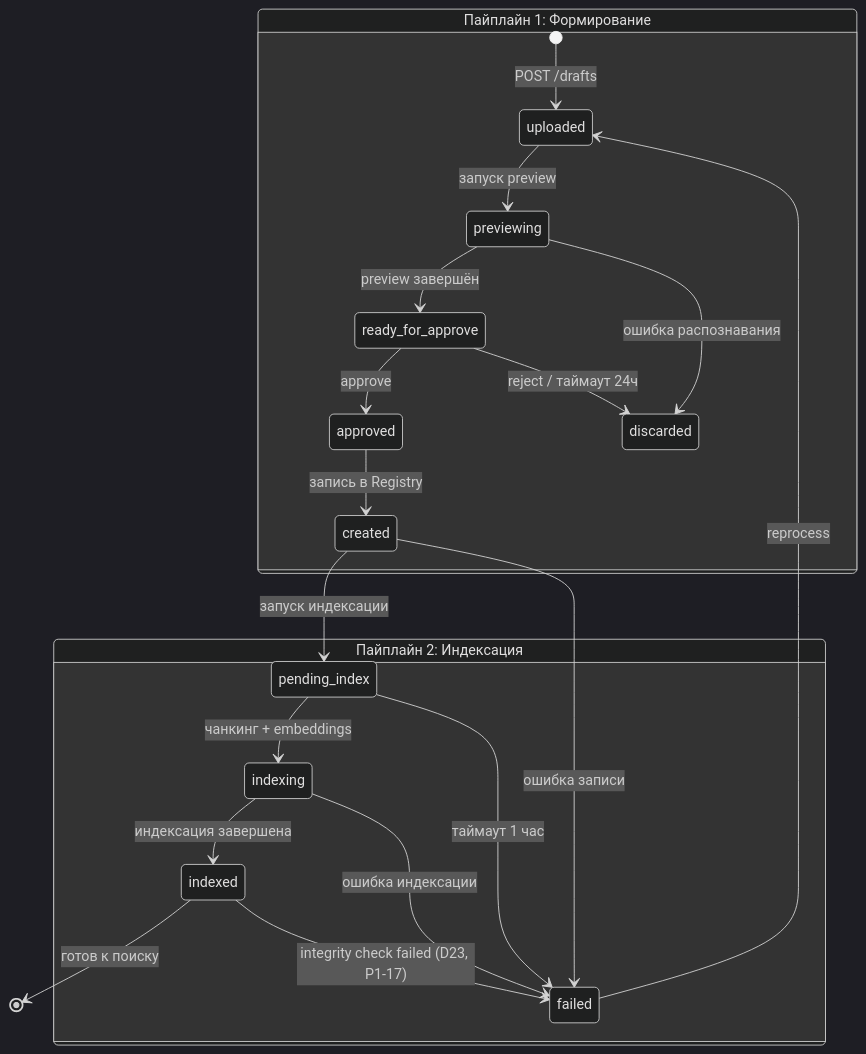
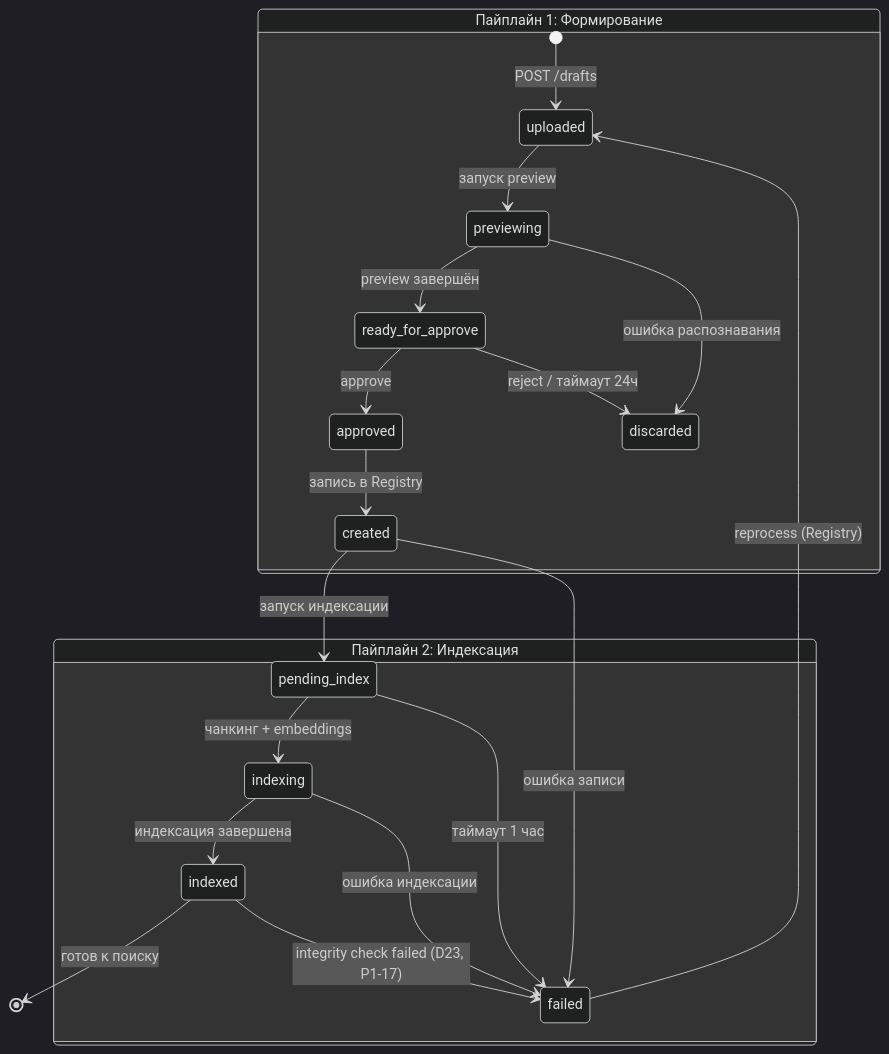
The third of 4 diagrams in docs/pipelines/overview.md (MasterKSAF/PKB), drawn with Mermaid (dark theme) before and after one commit. The commit also changed 10 other files, not shown here.

First line of the commit message:
Перенос POST /documents/{doc_id}/reprocess из Orchestrator в Registry

````diff
--- a/docs/pipelines/overview.md
+++ b/docs/pipelines/overview.md
@@ -359,25 +359,25 @@
 ```mermaid
 stateDiagram-v2
     state "Пайплайн 1: Формирование" as P1 {
         [*] --> uploaded : POST /drafts
         uploaded --> previewing : запуск preview
         previewing --> ready_for_approve : preview завершён
         previewing --> discarded : ошибка распознавания
         ready_for_approve --> approved : approve
         ready_for_approve --> discarded : reject / таймаут 24ч
         approved --> created : запись в Registry
         created --> pending_index : запуск индексации
         created --> failed : ошибка записи
     }
 
     state "Пайплайн 2: Индексация" as P2 {
         pending_index --> indexing : чанкинг + embeddings
         indexing --> indexed : индексация завершена
         indexing --> failed : ошибка индексации
         pending_index --> failed : таймаут 1 час
     }
 
     indexed --> [*] : готов к поиску
     indexed --> failed : integrity check failed (D23, P1-17)
-    failed --> uploaded : reprocess
+    failed --> uploaded : reprocess (Registry)
 ```
````
